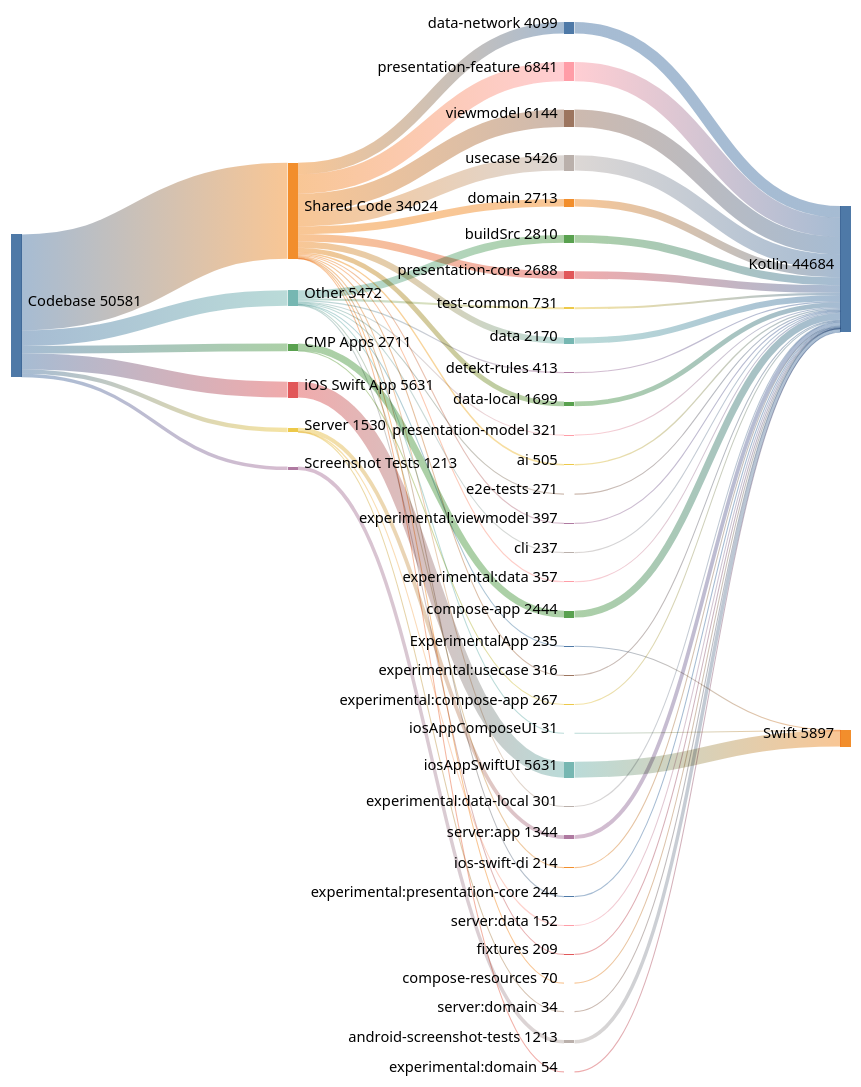
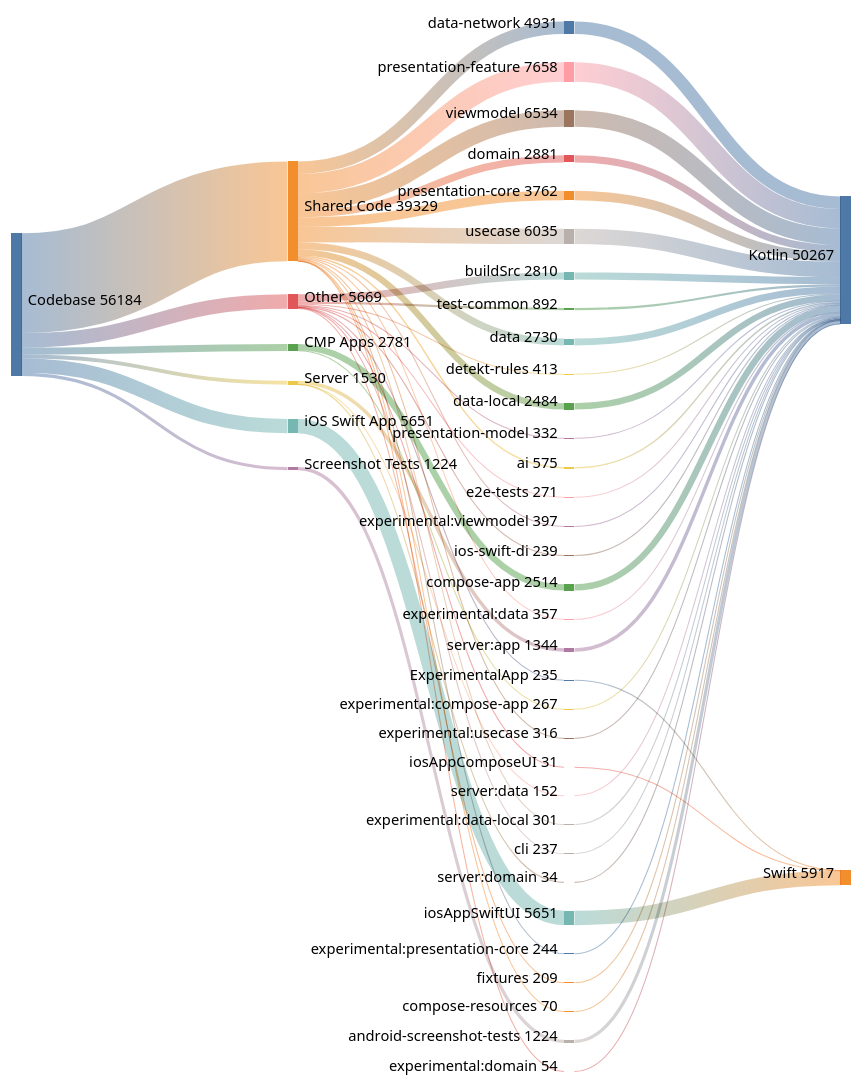
The diagram in docs/diagrams/code_distribution.mmd (cartland/battery-butler), drawn with Mermaid (neutral theme) before and after one commit. The commit also changed 2 other files, not shown here.

Commit message:
docs(generated): Regenerate architecture diagrams and analysis

```diff
--- a/docs/diagrams/code_distribution.mmd
+++ b/docs/diagrams/code_distribution.mmd
@@ -1,91 +1,91 @@
 ---
 config:
   sankey:
     showValues: true
     width: 800
     height: 1000
     nodeAlignment: justify
     linkColor: gradient
 ---
 %% GENERATED FILE - DO NOT EDIT
 sankey-beta
 
-Codebase,Shared Code,34024
-Codebase,iOS Swift App,5631
-Codebase,Other,5472
-Codebase,CMP Apps,2711
+Codebase,Shared Code,39329
+Codebase,Other,5669
+Codebase,iOS Swift App,5651
+Codebase,CMP Apps,2781
 Codebase,Server,1530
-Codebase,Screenshot Tests,1213
+Codebase,Screenshot Tests,1224
 
-Shared Code,presentation-feature,6841
-Shared Code,viewmodel,6144
-Shared Code,usecase,5426
-Shared Code,data-network,4099
-Shared Code,domain,2713
-Shared Code,presentation-core,2688
-Shared Code,data,2170
-Shared Code,data-local,1699
-Shared Code,ai,505
+Shared Code,presentation-feature,7658
+Shared Code,viewmodel,6534
+Shared Code,usecase,6035
+Shared Code,data-network,4931
+Shared Code,presentation-core,3762
+Shared Code,domain,2881
+Shared Code,data,2730
+Shared Code,data-local,2484
+Shared Code,ai,575
 Shared Code,experimental:viewmodel,397
 Shared Code,experimental:data,357
 Shared Code,experimental:usecase,316
 Shared Code,experimental:data-local,301
 Shared Code,experimental:presentation-core,244
 Shared Code,compose-resources,70
 Shared Code,experimental:domain,54
 
-iOS Swift App,iosAppSwiftUI,5631
-
 Other,buildSrc,2810
-Other,test-common,731
+Other,test-common,892
 Other,detekt-rules,413
-Other,presentation-model,321
+Other,presentation-model,332
 Other,e2e-tests,271
+Other,ios-swift-di,239
 Other,cli,237
 Other,ExperimentalApp,235
-Other,ios-swift-di,214
 Other,fixtures,209
 Other,iosAppComposeUI,31
 
-CMP Apps,compose-app,2444
+iOS Swift App,iosAppSwiftUI,5651
+
+CMP Apps,compose-app,2514
 CMP Apps,experimental:compose-app,267
 
 Server,server:app,1344
 Server,server:data,152
 Server,server:domain,34
 
-Screenshot Tests,android-screenshot-tests,1213
+Screenshot Tests,android-screenshot-tests,1224
 
-presentation-feature,Kotlin,6841
-viewmodel,Kotlin,6144
-iosAppSwiftUI,Swift,5631
-usecase,Kotlin,5426
-data-network,Kotlin,4099
+presentation-feature,Kotlin,7658
+viewmodel,Kotlin,6534
+usecase,Kotlin,6035
+iosAppSwiftUI,Swift,5651
+data-network,Kotlin,4931
+presentation-core,Kotlin,3762
+domain,Kotlin,2881
 buildSrc,Kotlin,2810
-domain,Kotlin,2713
-presentation-core,Kotlin,2688
-compose-app,Kotlin,2444
-data,Kotlin,2170
-data-local,Kotlin,1699
+data,Kotlin,2730
+compose-app,Kotlin,2514
+data-local,Kotlin,2484
 server:app,Kotlin,1344
-android-screenshot-tests,Kotlin,1213
-test-common,Kotlin,731
-ai,Kotlin,505
+android-screenshot-tests,Kotlin,1224
+test-common,Kotlin,892
+ai,Kotlin,575
 detekt-rules,Kotlin,413
 experimental:viewmodel,Kotlin,397
 experimental:data,Kotlin,357
-presentation-model,Kotlin,321
+presentation-model,Kotlin,332
 experimental:usecase,Kotlin,316
 experimental:data-local,Kotlin,301
 e2e-tests,Kotlin,271
 experimental:compose-app,Kotlin,267
 experimental:presentation-core,Kotlin,244
+ios-swift-di,Kotlin,239
 cli,Kotlin,237
 ExperimentalApp,Swift,235
-ios-swift-di,Kotlin,214
 fixtures,Kotlin,209
 server:data,Kotlin,152
 compose-resources,Kotlin,70
 experimental:domain,Kotlin,54
 server:domain,Kotlin,34
 iosAppComposeUI,Swift,31
```
